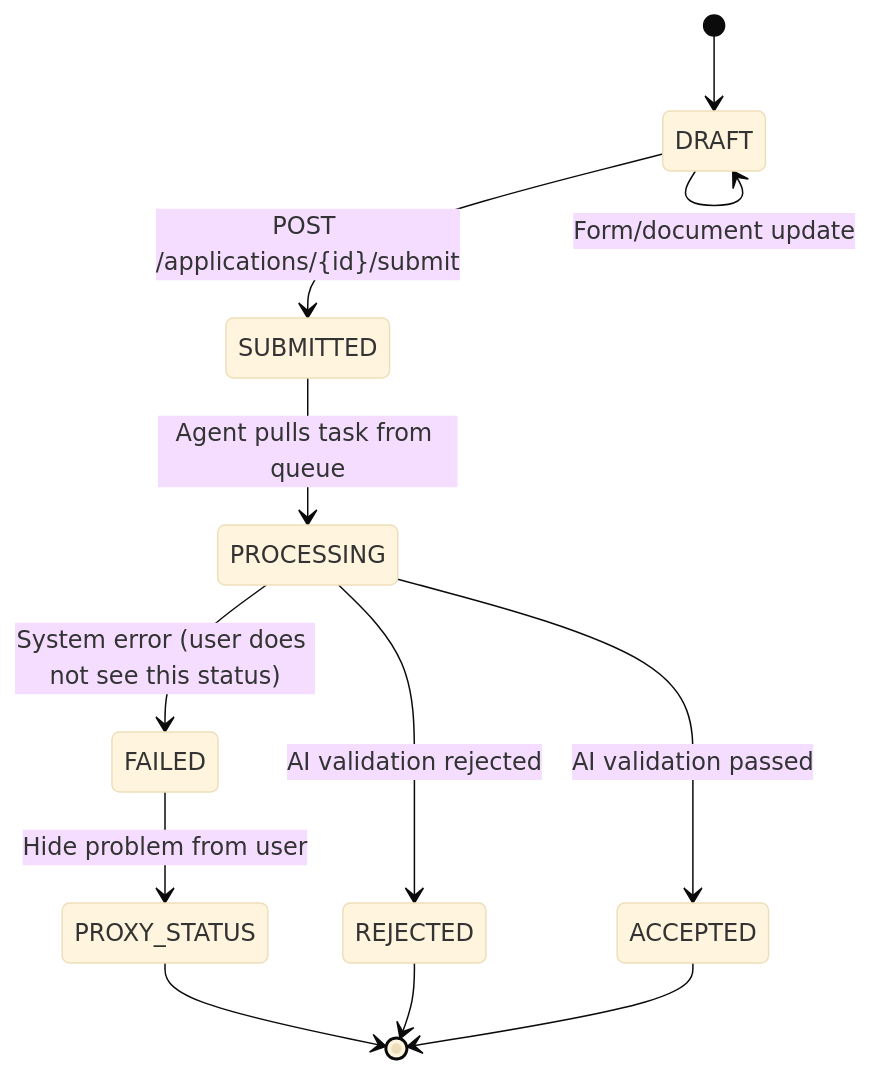
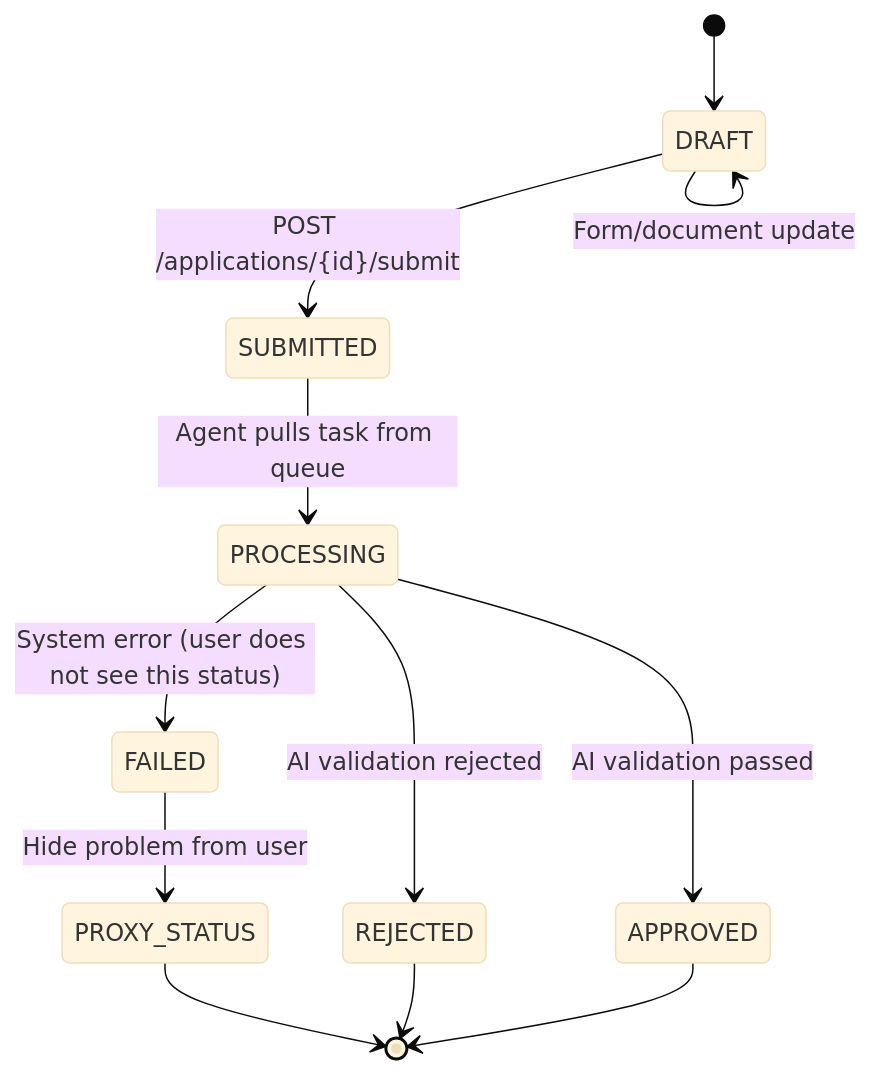
One commit to madjar-code/Portfolio_Projects changed the diagram in Bureaucratic_AI_Agent/architecture/2_Architecture/Architectural_Decisions/Application_Statuses.md. Above: the diagram before and after it, drawn with Mermaid (base theme). The commit also changed other lines of this file and 8 other files, not shown here.

Commit message:
doc: Make small changes in the architectural docs

````diff
--- a/Bureaucratic_AI_Agent/architecture/2_Architecture/Architectural_Decisions/Application_Statuses.md
+++ b/Bureaucratic_AI_Agent/architecture/2_Architecture/Architectural_Decisions/Application_Statuses.md
@@ -13,19 +13,19 @@
 ```mermaid
 stateDiagram-v2
     [*] --> DRAFT
     
     DRAFT --> DRAFT: Form/document update
     DRAFT --> SUBMITTED: POST /applications/{id}/submit
 
     SUBMITTED --> PROCESSING: Agent pulls task from queue
 
     PROCESSING --> FAILED: System error (user does not see this status)
 
     PROCESSING --> REJECTED: AI validation rejected
-    PROCESSING --> ACCEPTED: AI validation passed
+    PROCESSING --> APPROVED: AI validation passed
 
     FAILED --> PROXY_STATUS: Hide problem from user
     PROXY_STATUS --> [*]
     REJECTED --> [*]
-    ACCEPTED --> [*]
+    APPROVED --> [*]
 ```
````
